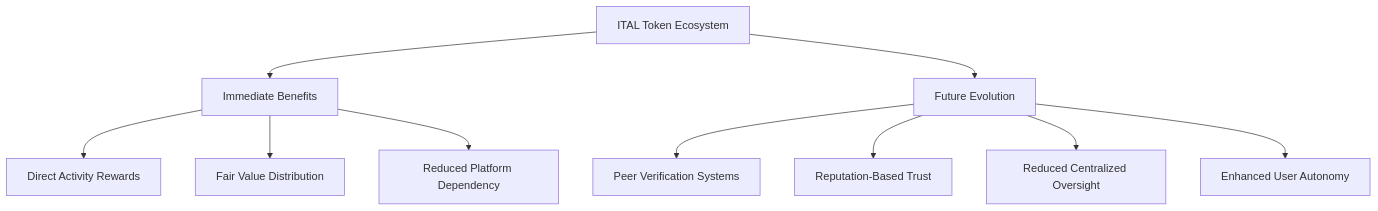
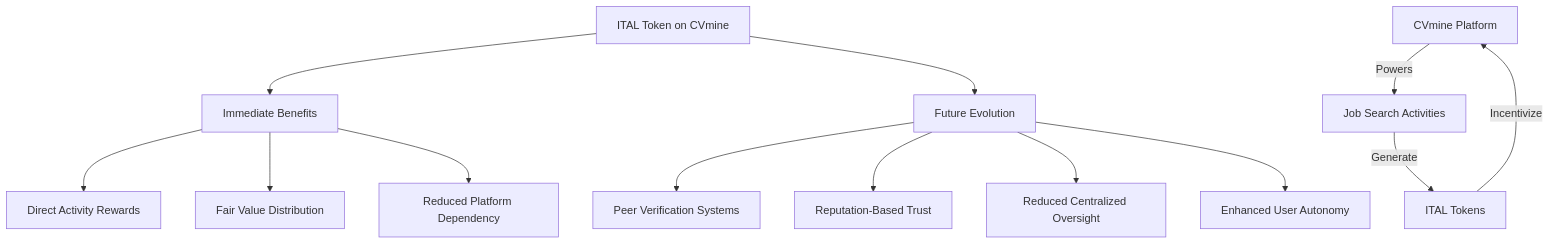
Before and after one commit to karthikhosur/italtoken: diagram 17 of 17 in whitepaper.md, drawn with Mermaid. The commit also changed other lines of this file, not shown here.

````diff
--- a/whitepaper.md
+++ b/whitepaper.md
@@ -506,14 +692,18 @@
 ```mermaid
 graph TD
-    A[ITAL Token Ecosystem] --> B[Immediate Benefits]
+    A[ITAL Token on CVmine] --> B[Immediate Benefits]
     A --> C[Future Evolution]
     
     B --> D[Direct Activity Rewards]
     B --> E[Fair Value Distribution]
     B --> F[Reduced Platform Dependency]
     
     C --> G[Peer Verification Systems]
     C --> H[Reputation-Based Trust]
     C --> I[Reduced Centralized Oversight]
     C --> J[Enhanced User Autonomy]
+    
+    K[CVmine Platform] -->|Powers| L[Job Search Activities]
+    L -->|Generate| M[ITAL Tokens]
+    M -->|Incentivize| K
 ```
````
